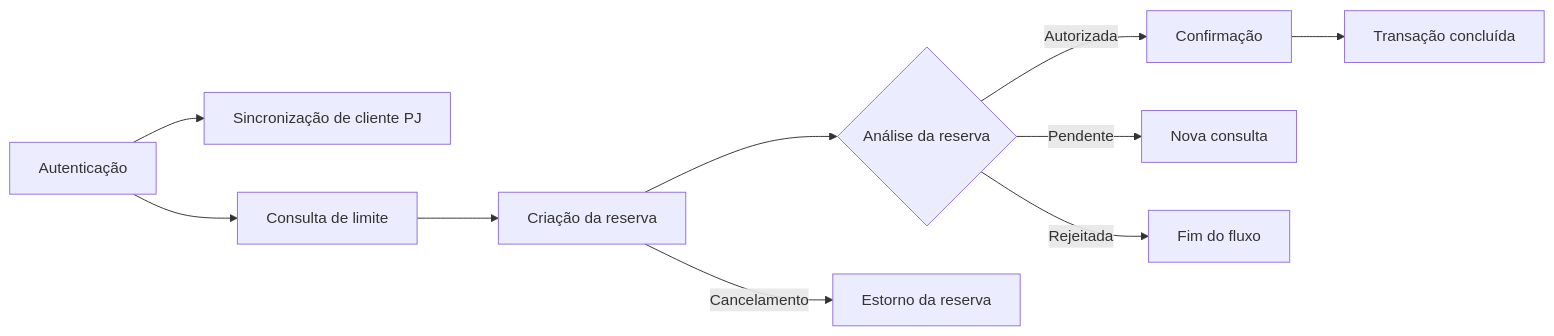
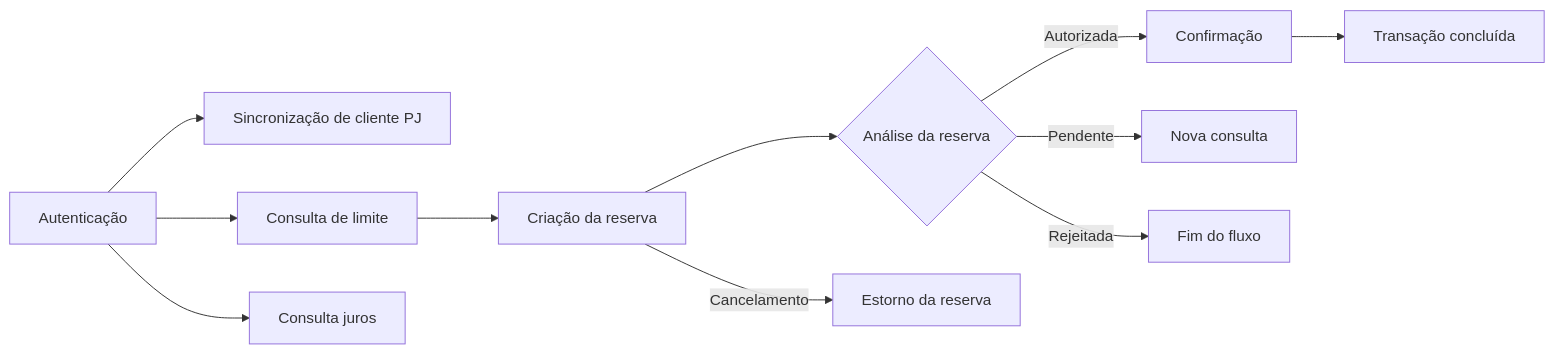
One commit to crysataide/rest-vtex changed the diagram in README.md. Above: the diagram before and after it, drawn with Mermaid. The commit also changed 1 other file, not shown here.

Commit message:
fix: correção das mensagens de resposta e ajuste do README

````diff
--- a/README.md
+++ b/README.md
@@ -29,14 +29,15 @@
 ```mermaid
 flowchart LR
     A[Autenticação] --> B[Sincronização de cliente PJ]
     A[Autenticação] --> C[Consulta de limite]
-    C --> D[Criação da reserva]
-    D --> E{Análise da reserva}
+    A[Autenticação] --> D[Consulta juros]
+    C --> E[Criação da reserva]
+    E --> F{Análise da reserva}
 
-    E -->|Autorizada| F[Confirmação]
-    E -->|Pendente| G[Nova consulta]
-    E -->|Rejeitada| H[Fim do fluxo]
+    F -->|Autorizada| G[Confirmação]
+    F -->|Pendente| H[Nova consulta]
+    F -->|Rejeitada| I[Fim do fluxo]
 
-    F --> I[Transação concluída]
-    D -->|Cancelamento| J[Estorno da reserva]
+    G --> J[Transação concluída]
+    E -->|Cancelamento| K[Estorno da reserva]
 ```
````
